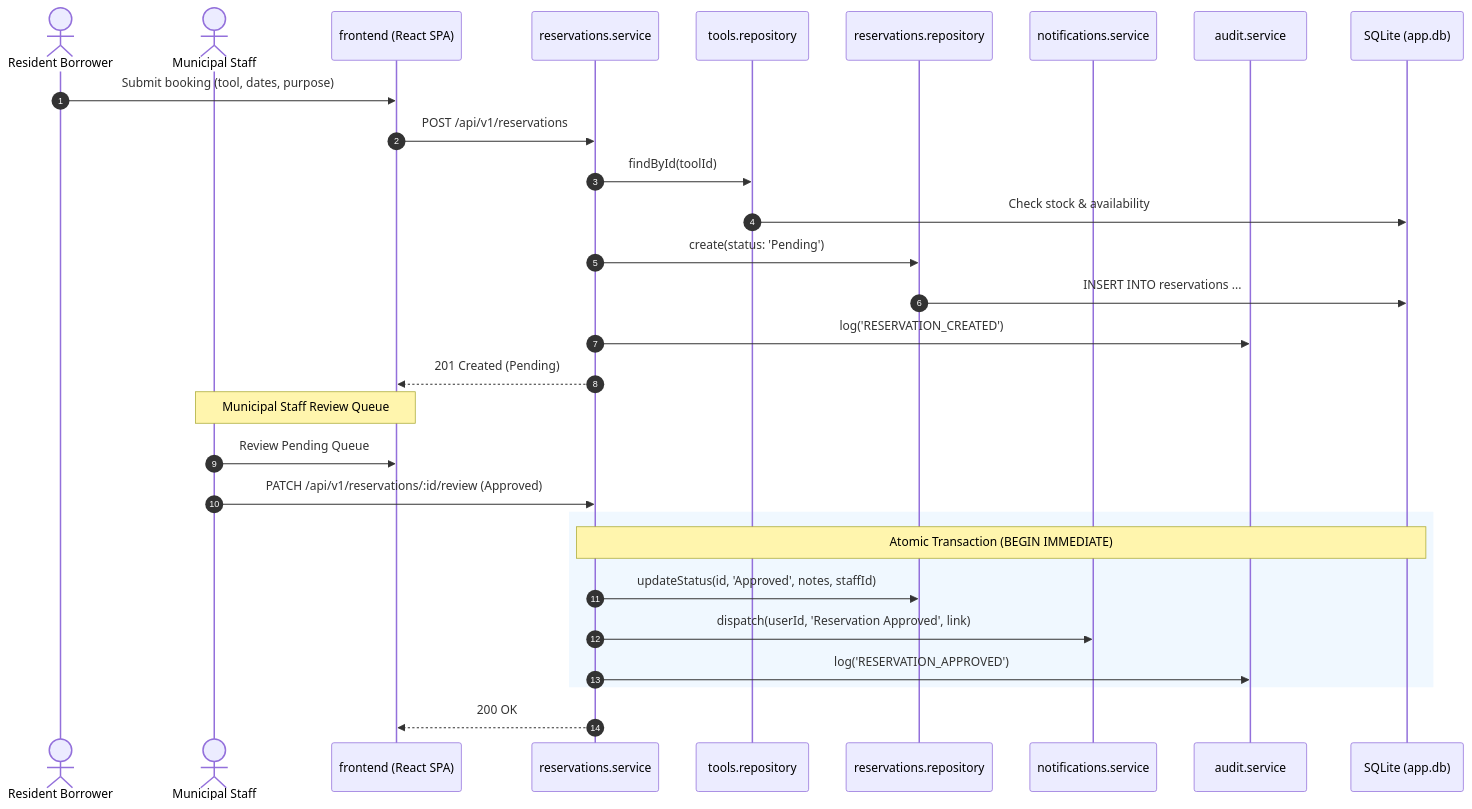
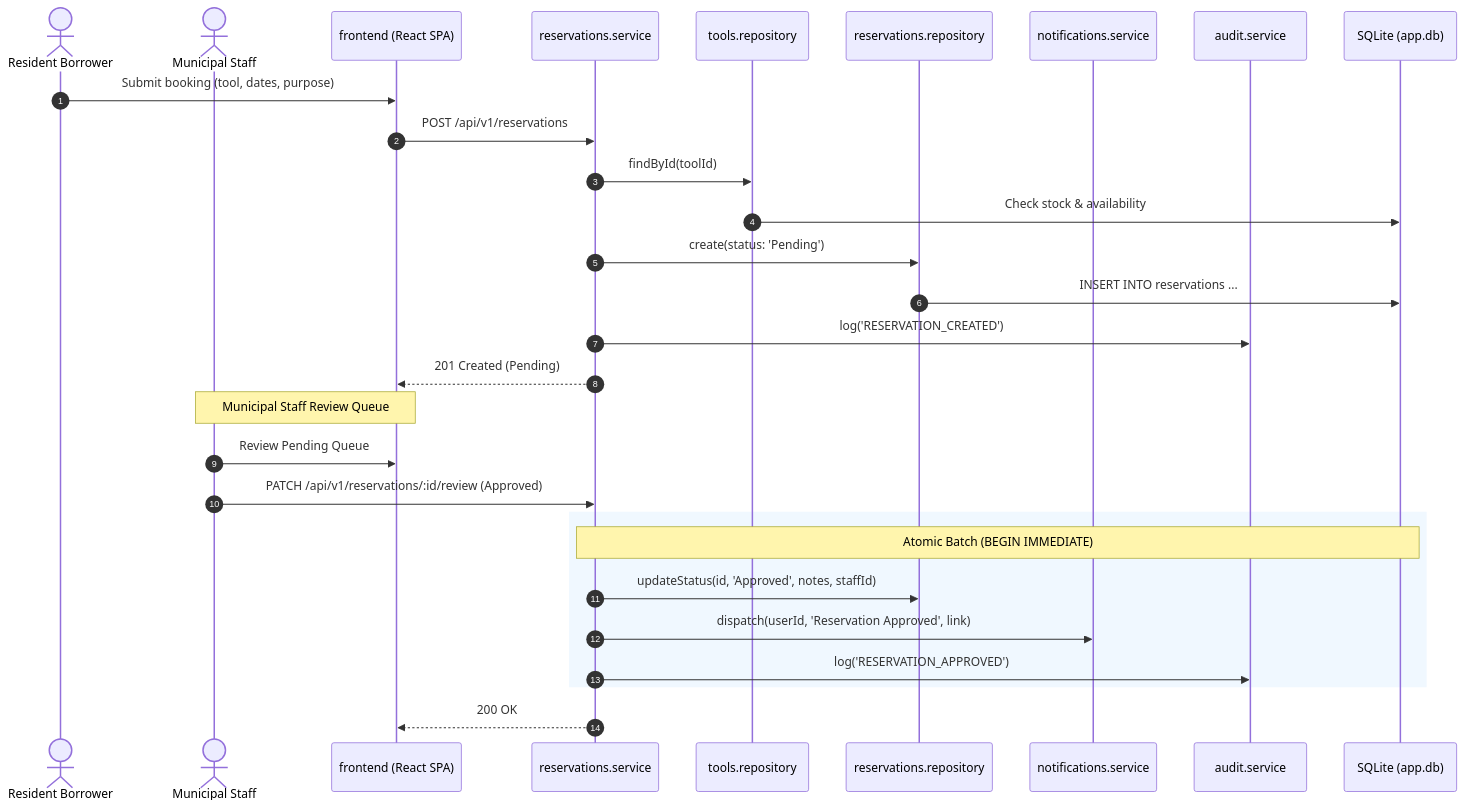
Before and after one commit to J3SS25/MCTED: the second of 3 diagrams in Development/Documentation/Business_Workflows.md, drawn with Mermaid. The commit also changed other lines of this file and 104 other files, not shown here.

````diff
--- a/Development/Documentation/Business_Workflows.md
+++ b/Development/Documentation/Business_Workflows.md
@@ -54,34 +54,34 @@
 ```mermaid
 sequenceDiagram
     autonumber
     actor Borrower as Resident Borrower
     actor Staff as Municipal Staff
     participant Web as frontend (React SPA)
     participant ResSvc as reservations.service
     participant ToolRepo as tools.repository
     participant ResRepo as reservations.repository
     participant NotifSvc as notifications.service
     participant AuditSvc as audit.service
     participant DB as SQLite (app.db)
 
     Borrower->>Web: Submit booking (tool, dates, purpose)
     Web->>ResSvc: POST /api/v1/reservations
     ResSvc->>ToolRepo: findById(toolId)
     ToolRepo->>DB: Check stock & availability
     ResSvc->>ResRepo: create(status: 'Pending')
     ResRepo->>DB: INSERT INTO reservations ...
     ResSvc->>AuditSvc: log('RESERVATION_CREATED')
     ResSvc-->>Web: 201 Created (Pending)
 
     Note over Staff, Web: Municipal Staff Review Queue
     Staff->>Web: Review Pending Queue
     Staff->>ResSvc: PATCH /api/v1/reservations/:id/review (Approved)
 
     rect rgb(240, 248, 255)
-        Note over ResSvc, DB: Atomic Transaction (BEGIN IMMEDIATE)
+        Note over ResSvc, DB: Atomic Batch (BEGIN IMMEDIATE)
         ResSvc->>ResRepo: updateStatus(id, 'Approved', notes, staffId)
         ResSvc->>NotifSvc: dispatch(userId, 'Reservation Approved', link)
         ResSvc->>AuditSvc: log('RESERVATION_APPROVED')
     end
     ResSvc-->>Web: 200 OK
 ```
````
